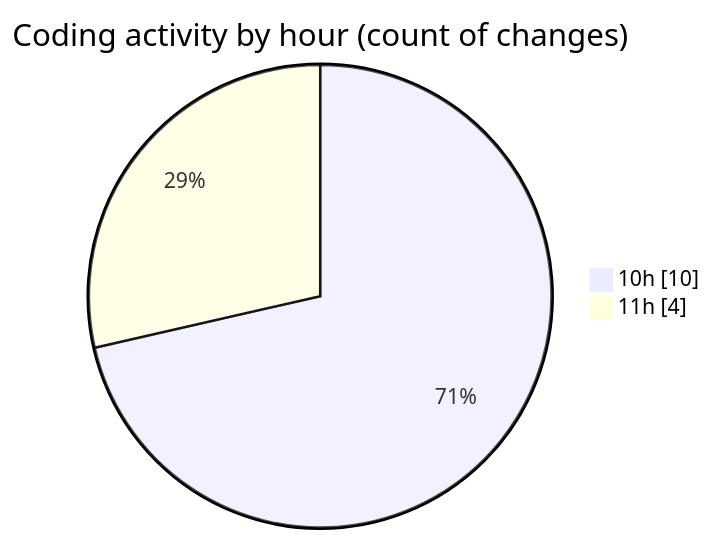
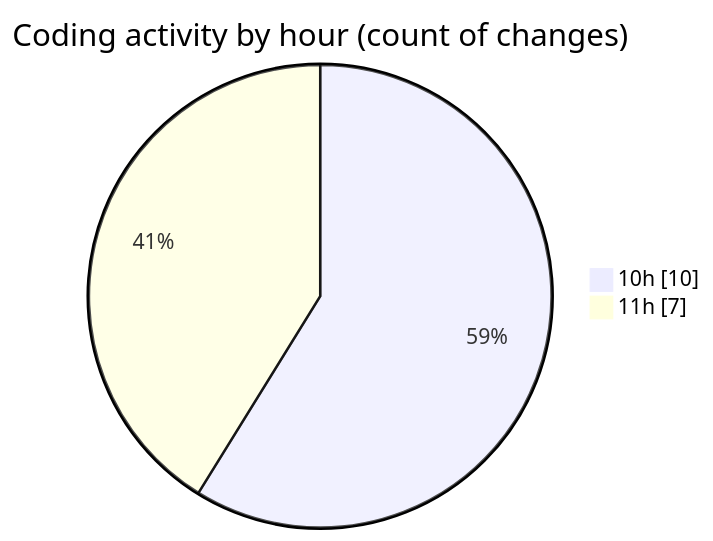
One commit to nxtqubesakshisongat/code-tracking changed the second of 2 diagrams in 2025-07-21/nxtqube_webapp/README.md. Above: the diagram before and after it, drawn with Mermaid. The commit also changed other lines of this file and 1 other file, not shown here.

````diff
--- a/2025-07-21/nxtqube_webapp/README.md
+++ b/2025-07-21/nxtqube_webapp/README.md
@@ -32,6 +32,6 @@
 ```mermaid
 pie showData
 title Coding activity by hour (count of changes)
 "10h" : 10
-"11h" : 4
+"11h" : 7
 ```
````
